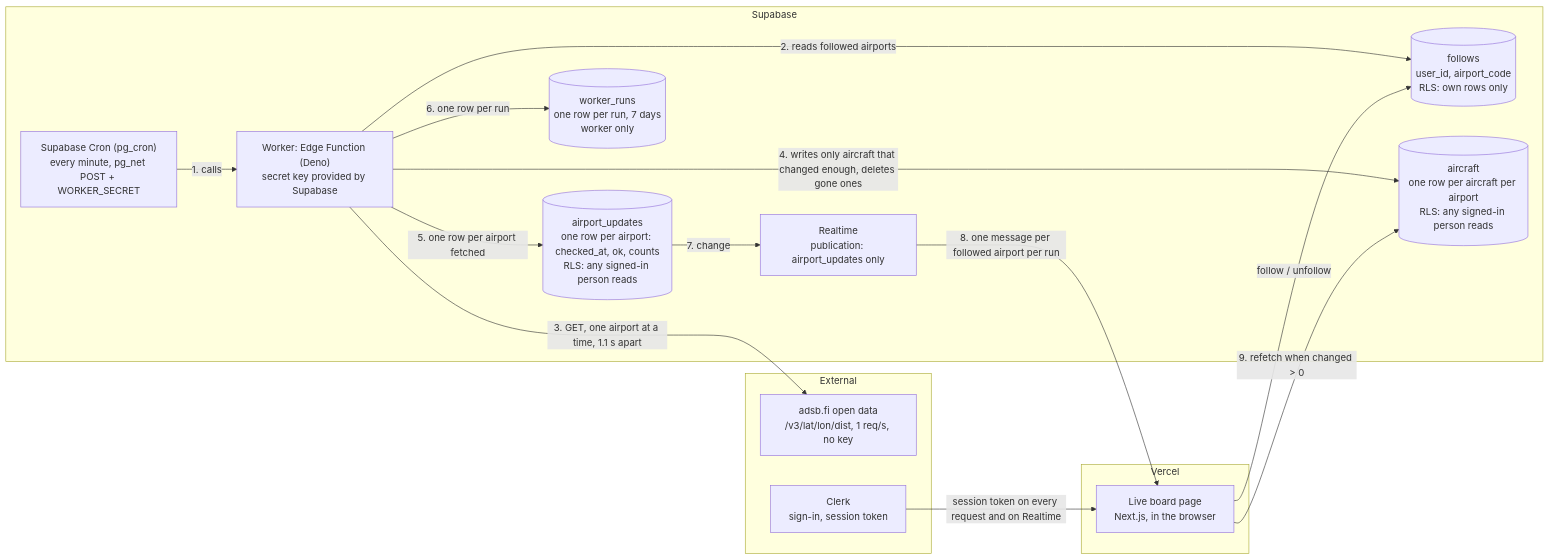
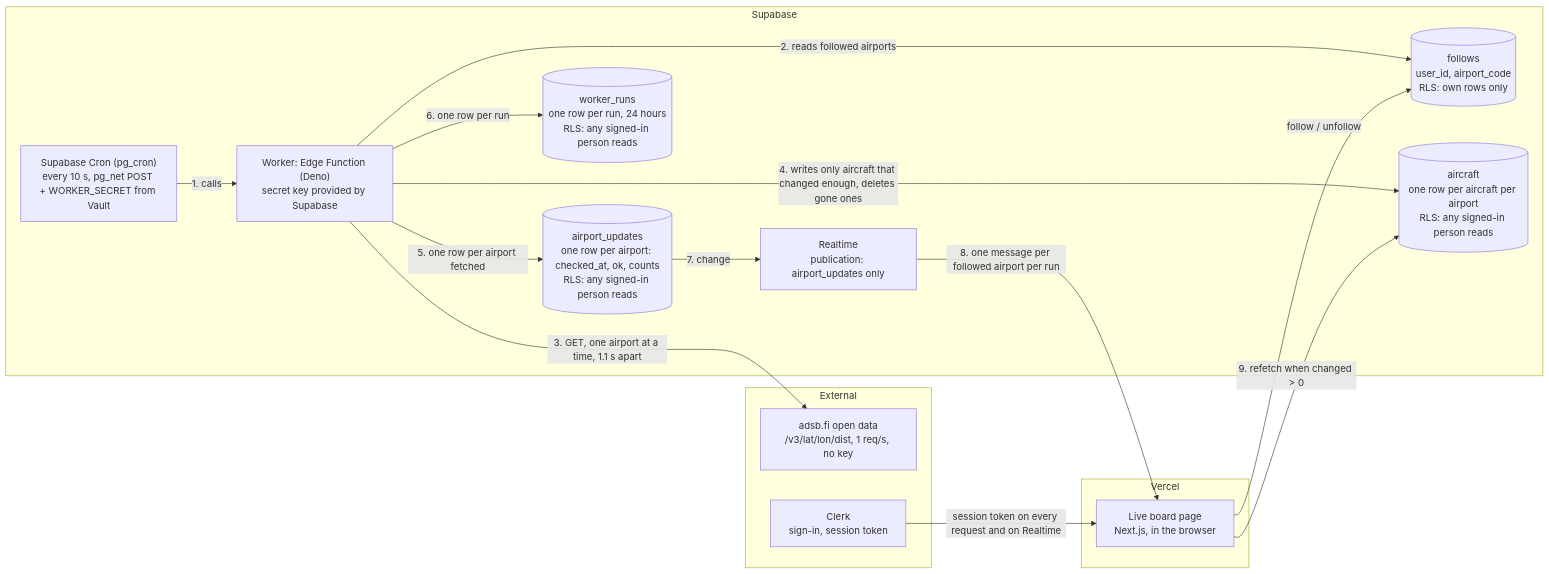
The diagram in docs/data-flow.md (aorihuela7/design-assignment5), drawn with Mermaid before and after one commit. The commit also changed other lines of this file and 1 other file, not shown here.

Commit message:
Update the data flow to what's deployed: every 10 s, heartbeat, 24-hour runs, readable worker_runs

````diff
--- a/docs/data-flow.md
+++ b/docs/data-flow.md
@@ -5,31 +5,31 @@
 ```mermaid
 flowchart LR
   subgraph External
     ADSB["adsb.fi open data<br/>/v3/lat/lon/dist, 1 req/s, no key"]
     CLERK["Clerk<br/>sign-in, session token"]
   end
   subgraph Supabase
-    CRON["Supabase Cron (pg_cron)<br/>every minute, pg_net POST + WORKER_SECRET"]
+    CRON["Supabase Cron (pg_cron)<br/>every 10 s, pg_net POST + WORKER_SECRET from Vault"]
     WORKER["Worker: Edge Function (Deno)<br/>secret key provided by Supabase"]
     FOLLOWS[("follows<br/>user_id, airport_code<br/>RLS: own rows only")]
     AIRCRAFT[("aircraft<br/>one row per aircraft per airport<br/>RLS: any signed-in person reads")]
     UPDATES[("airport_updates<br/>one row per airport: checked_at, ok, counts<br/>RLS: any signed-in person reads")]
-    RUNS[("worker_runs<br/>one row per run, 7 days<br/>worker only")]
+    RUNS[("worker_runs<br/>one row per run, 24 hours<br/>RLS: any signed-in person reads")]
     RT["Realtime<br/>publication: airport_updates only"]
   end
   subgraph Vercel
     PAGE["Live board page<br/>Next.js, in the browser"]
   end
 
   CRON -->|"1. calls"| WORKER
   WORKER -->|"2. reads followed airports"| FOLLOWS
   WORKER -->|"3. GET, one airport at a time, 1.1 s apart"| ADSB
   WORKER -->|"4. writes only aircraft that changed enough, deletes gone ones"| AIRCRAFT
   WORKER -->|"5. one row per airport fetched"| UPDATES
   WORKER -->|"6. one row per run"| RUNS
   UPDATES -->|"7. change"| RT
   RT -->|"8. one message per followed airport per run"| PAGE
   PAGE -->|"9. refetch when changed > 0"| AIRCRAFT
   PAGE -->|"follow / unfollow"| FOLLOWS
   CLERK -->|"session token on every request and on Realtime"| PAGE
 ```
````
